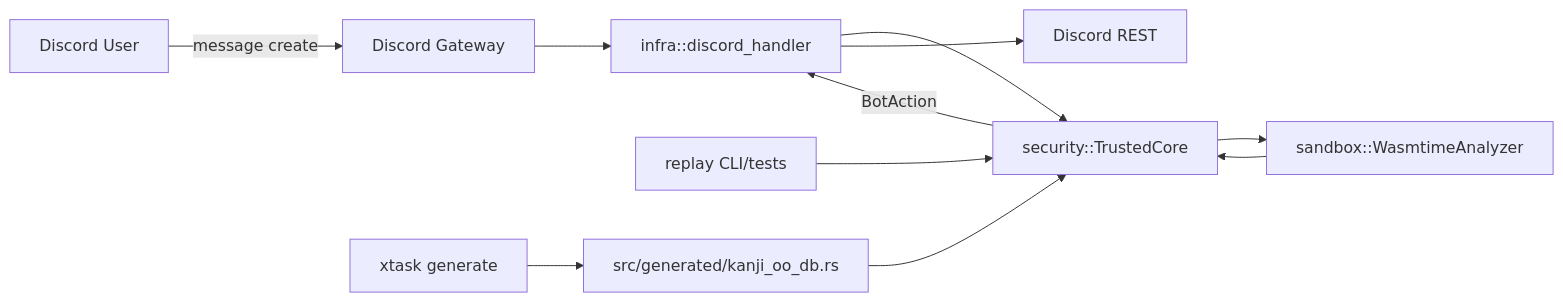
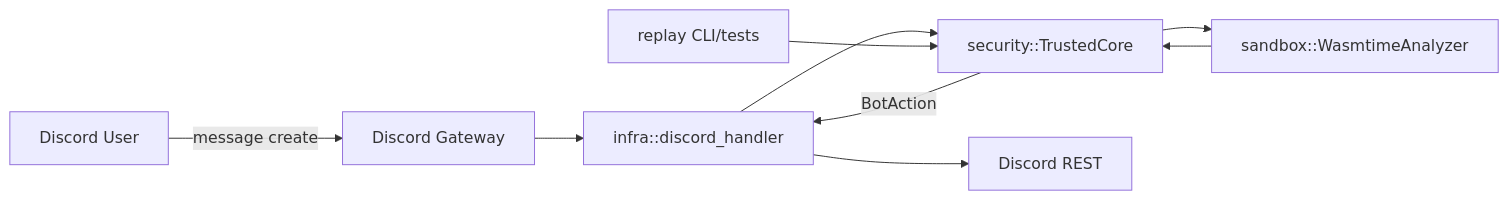
Before and after one commit to minto-dane/oo-bot: the diagram in docs/overview/architecture.md, drawn with Mermaid. The commit also changed other lines of this file and 86 other files, not shown here.

````diff
--- a/docs/overview/architecture.md
+++ b/docs/overview/architecture.md
@@ -47,14 +47,12 @@
 ```mermaid
 flowchart LR
   User[Discord User] -->|message create| Gateway[Discord Gateway]
   Gateway --> Handler[infra::discord_handler]
   Handler --> Core[security::TrustedCore]
   Core --> Sandbox[sandbox::WasmtimeAnalyzer]
   Sandbox --> Core
   Core -->|BotAction| Handler
   Handler --> REST[Discord REST]
 
   Replay[replay CLI/tests] --> Core
-  Gen[xtask generate] --> Generated[src/generated/kanji_oo_db.rs]
-  Generated --> Core
 ```
````
